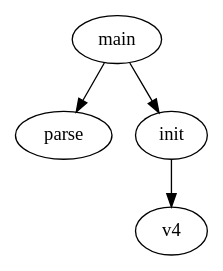
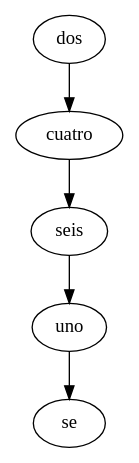
The diagram in Practica2Edd/build/classes/grafo.dot (201123065/Practica2s12017_201123065), drawn with Graphviz before and after one commit. The commit also changed 23 other files, not shown here.

```diff
--- a/Practica2Edd/build/classes/grafo.dot
+++ b/Practica2Edd/build/classes/grafo.dot
@@ -1,5 +1,5 @@
 digraph G {
-	main -> parse ;
-	main -> init;
-	init->v4;
-}
+dos->cuatro;
+cuatro->seis;
+seis->uno;
+uno->se;}
```
